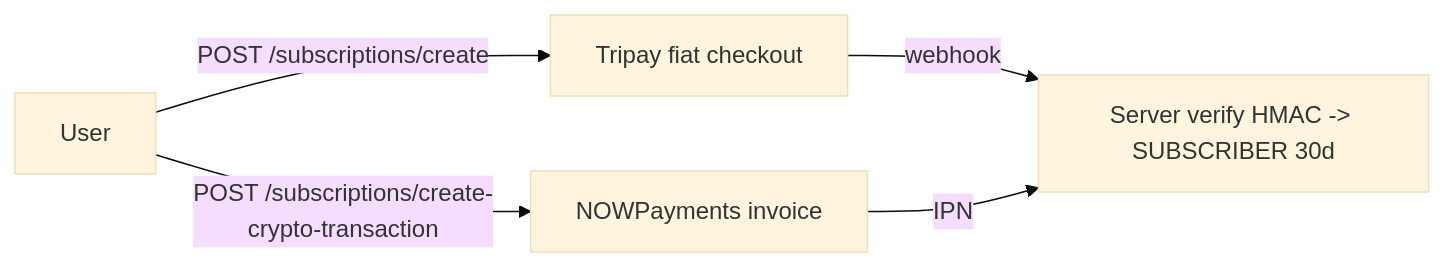
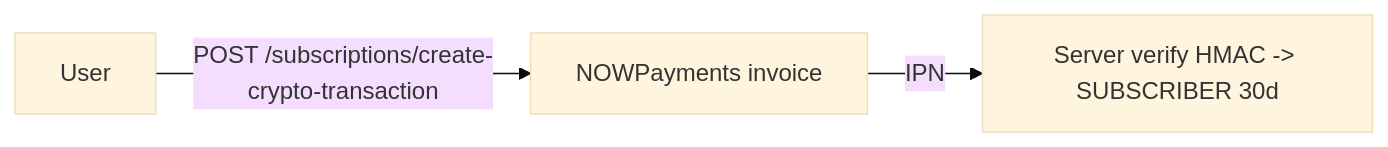
One commit to h4nzs/nyx-chat changed the diagram in docs/20-subscriptions-b2b.md. Above: the diagram before and after it, drawn with Mermaid (base theme). The commit also changed other lines of this file and 16 other files, not shown here.

First line of the commit message:
feat!: remove fiat payments (Tripay/Midtrans) — crypto-only subscriptions

````diff
--- a/docs/20-subscriptions-b2b.md
+++ b/docs/20-subscriptions-b2b.md
@@ -20,7 +20,5 @@
 ```mermaid
 flowchart LR
-    U[User] -->|POST /subscriptions/create| T[Tripay fiat checkout]
-    U -->|POST /subscriptions/create-crypto-transaction| N[NOWPayments invoice]
-    T -->|webhook| S[Server verify HMAC -> SUBSCRIBER 30d]
-    N -->|IPN| S
+    U[User] -->|POST /subscriptions/create-crypto-transaction| N[NOWPayments invoice]
+    N -->|IPN| S[Server verify HMAC -> SUBSCRIBER 30d]
 ```
````
